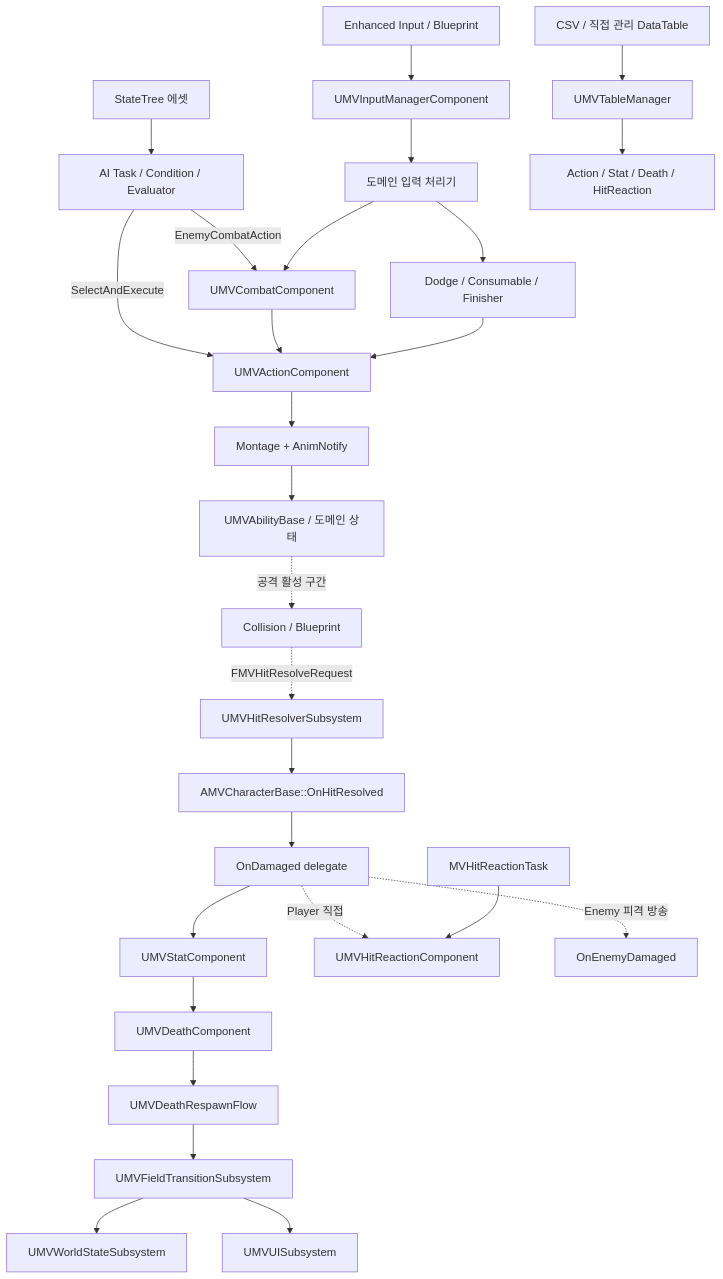
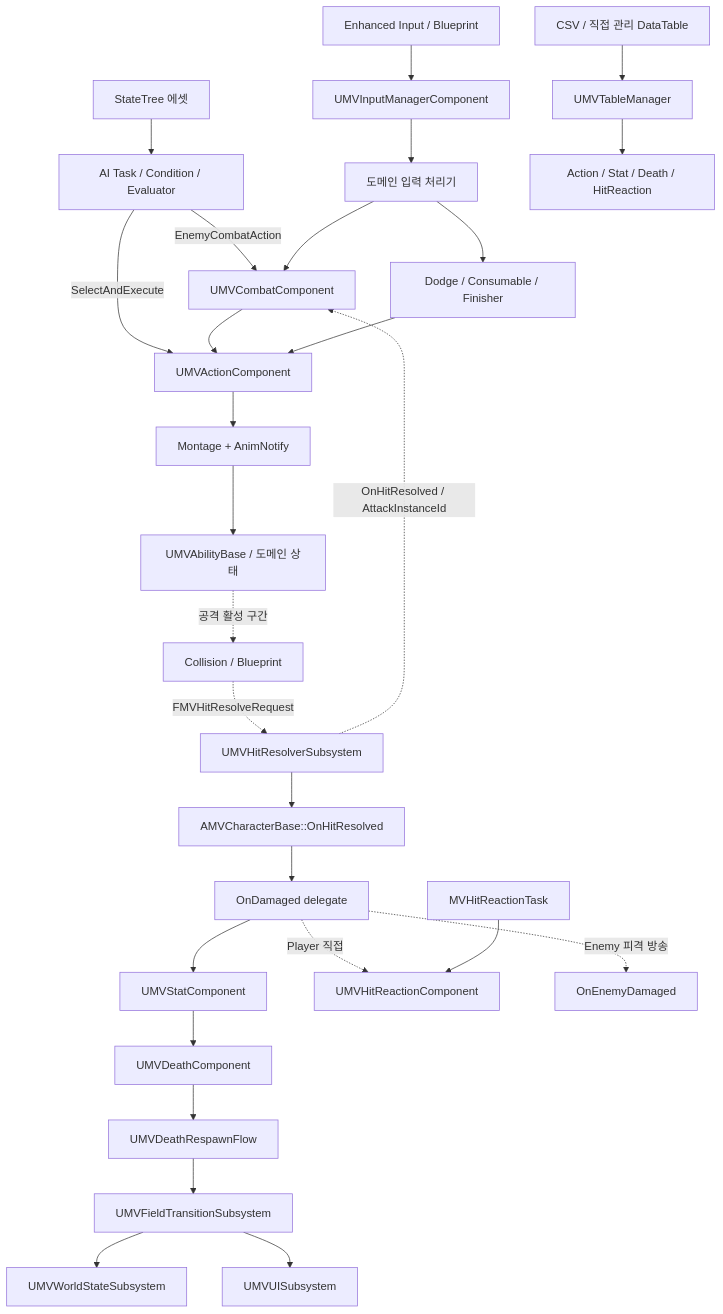
The diagram in docs/wiki/Architecture/document.md (DreamersStudio3/Maverick), drawn with Mermaid before and after one commit. The commit also changed other lines of this file and 4 other files, not shown here.

````diff
--- a/docs/wiki/Architecture/document.md
+++ b/docs/wiki/Architecture/document.md
@@ -15,29 +15,30 @@
 ```mermaid
 flowchart TD
     Input["Enhanced Input / Blueprint"] --> InputManager["UMVInputManagerComponent"]
     StateTree["StateTree 에셋"] --> AITasks["AI Task / Condition / Evaluator"]
     InputManager --> Handlers["도메인 입력 처리기"]
     AITasks -->|SelectAndExecute| Action["UMVActionComponent"]
     AITasks -->|EnemyCombatAction| Combat["UMVCombatComponent"]
     Handlers --> Combat
     Handlers --> PlayerDomains["Dodge / Consumable / Finisher"]
     Combat --> Action
     PlayerDomains --> Action
     Action --> Montage["Montage + AnimNotify"]
     Montage --> Ability["UMVAbilityBase / 도메인 상태"]
     Ability -. "공격 활성 구간" .-> HitSource["Collision / Blueprint"]
     HitSource -. "FMVHitResolveRequest" .-> HitResolver["UMVHitResolverSubsystem"]
+    HitResolver -. "OnHitResolved / AttackInstanceId" .-> Combat
     HitResolver --> CharacterBridge["AMVCharacterBase::OnHitResolved"]
     CharacterBridge --> OnDamaged["OnDamaged delegate"]
     OnDamaged --> Stat["UMVStatComponent"]
     OnDamaged -. "Player 직접" .-> HitReaction["UMVHitReactionComponent"]
     OnDamaged -. "Enemy 피격 방송" .-> EnemyDamaged["OnEnemyDamaged"]
     EnemyTask["MVHitReactionTask"] --> HitReaction
     Stat --> Death["UMVDeathComponent"]
     Death --> Respawn["UMVDeathRespawnFlow"]
     Respawn --> Transition["UMVFieldTransitionSubsystem"]
     Transition --> WorldState["UMVWorldStateSubsystem"]
     Transition --> UI["UMVUISubsystem"]
     Tables["CSV / 직접 관리 DataTable"] --> TableManager["UMVTableManager"]
     TableManager --> RuntimeConsumers["Action / Stat / Death / HitReaction"]
 ```
````
